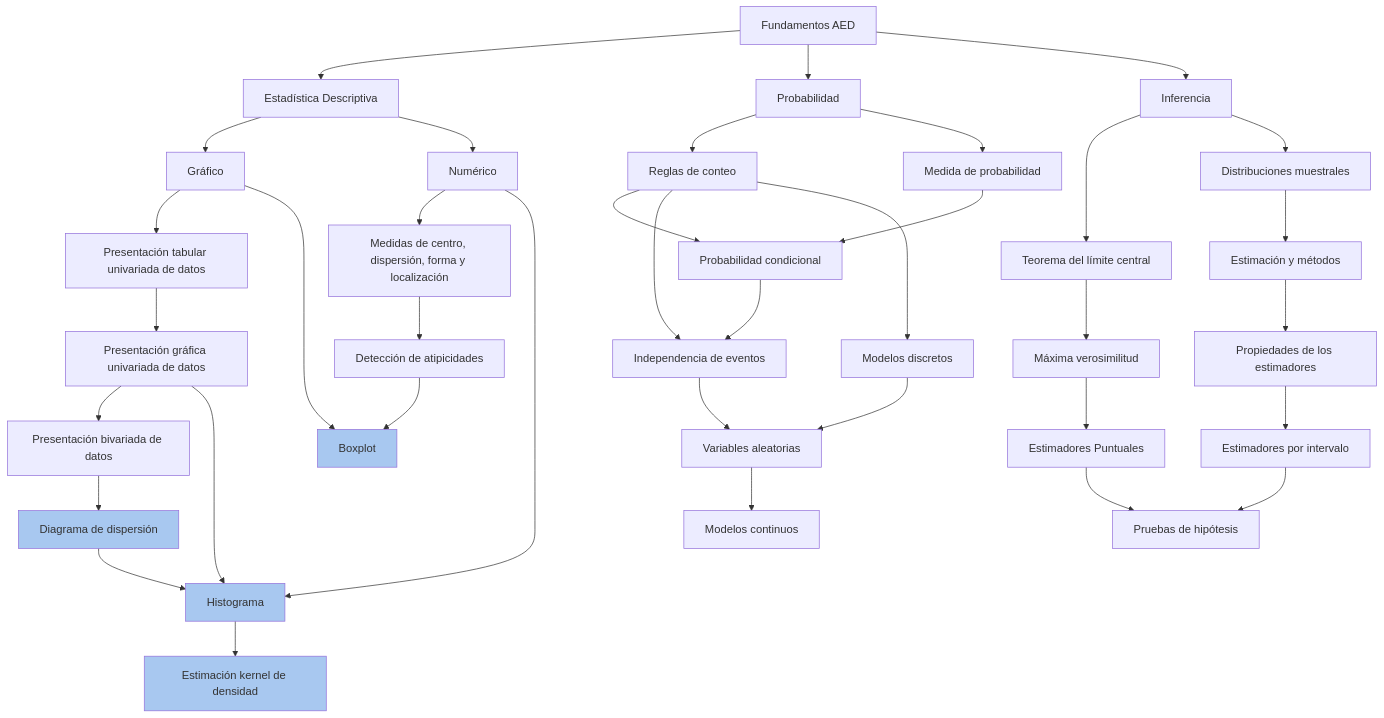
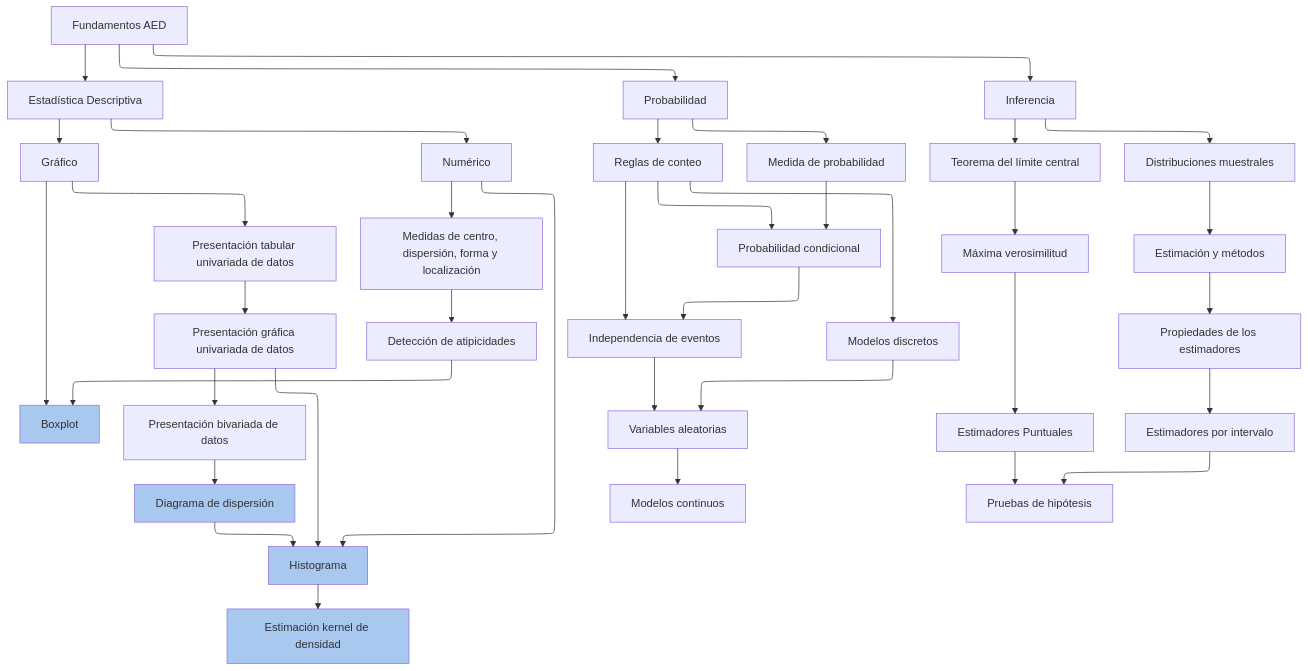
The first of 2 diagrams in notes/01-.md (Over-HCV/SDA), drawn with Mermaid before and after one commit. The commit also changed 42 other files, not shown here.

````diff
--- a/notes/01-.md
+++ b/notes/01-.md
@@ -5,38 +5,38 @@
 ```mermaid
 ---
 config:
-  layout: fixed
+  layout: elk
 ---
 flowchart TB
     A["Fundamentos AED"] --> B["Estadística Descriptiva"] & C["Probabilidad"] & D["Inferencia"]
     B --> E["Gráfico"] & F["Numérico"]
     E --> E1["Presentación tabular univariada de datos"] & H["Boxplot"]
     E1 --> E2["Presentación gráfica univariada de datos"]
     E2 --> E3["Presentación bivariada de datos"] & G["Histograma"]
     E3 --> E4["Diagrama de dispersión"]
     F --> F1["Medidas de centro, dispersión, forma y localización"] & G
     F1 --> F2["Detección de atipicidades"]
     F2 --> H
     E4 --> G
     G --> G1["Estimación kernel de densidad"]
     C --> P1["Reglas de conteo"] & P2["Medida de probabilidad"]
     P2 --> P3["Probabilidad condicional"]
     P1 --> P3 & P4["Independencia de eventos"] & P6["Modelos discretos"]
     P3 --> P4
     P4 --> P5["Variables aleatorias"]
     P6 --> P5
     P5 --> P7["Modelos continuos"]
     D --> I1["Teorema del límite central"] & I2["Distribuciones muestrales"]
     I1 --> I3["Máxima verosimilitud"]
     I3 --> I4["Estimadores Puntuales"]
     I4 --> I9["Pruebas de hipótesis"]
     I2 --> I5["Estimación y métodos"]
     I5 --> I6["Propiedades de los estimadores"]
     I6 --> I7["Estimadores por intervalo"]
     I7 --> I9
 
     style H fill:#a8c8f0
     style G fill:#a8c8f0
     style E4 fill:#a8c8f0
     style G1 fill:#a8c8f0
 ```
````
